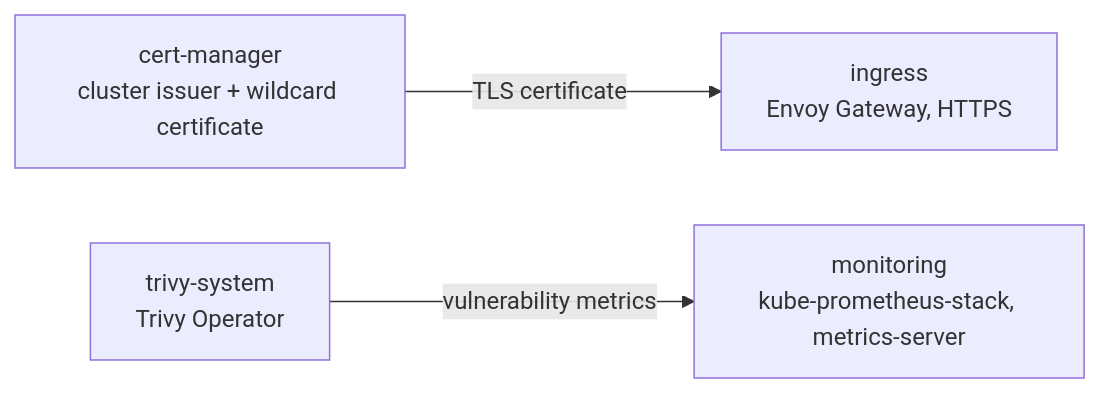
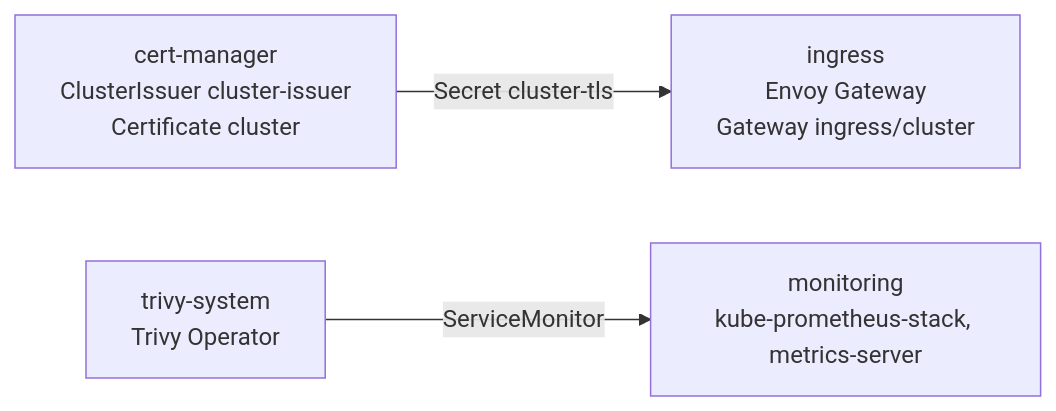
The diagram in d2-infra/README.md (sublimino/architecture-as-code), drawn with Mermaid before and after one commit. The commit also changed other lines of this file and 50 other files, not shown here.

````diff
--- a/d2-infra/README.md
+++ b/d2-infra/README.md
@@ -26,9 +28,9 @@
 ```mermaid
 flowchart LR
-  CM["cert-manager<br/>cluster issuer + wildcard certificate"]
-  ING["ingress<br/>Envoy Gateway, HTTPS"]
+  CM["cert-manager<br/>ClusterIssuer cluster-issuer<br/>Certificate cluster"]
+  ING["ingress<br/>Envoy Gateway<br/>Gateway ingress/cluster"]
   MON["monitoring<br/>kube-prometheus-stack, metrics-server"]
   TRIVY["trivy-system<br/>Trivy Operator"]
-  CM -- "TLS certificate" --> ING
-  TRIVY -- "vulnerability metrics" --> MON
+  CM -- "Secret cluster-tls" --> ING
+  TRIVY -- "ServiceMonitor" --> MON
 ```
````
